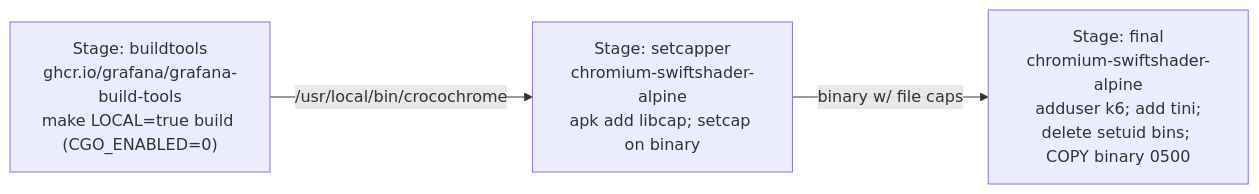
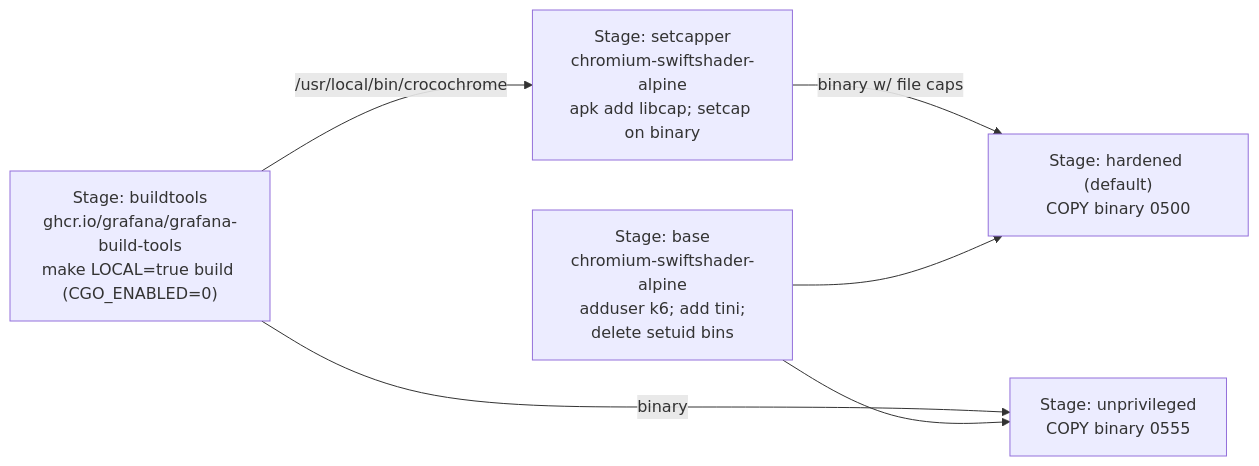
One commit to grafana/crocochrome changed the diagram in doc/architecture/build-and-packaging.md. Above: the diagram before and after it, drawn with Mermaid. The commit also changed other lines of this file and 12 other files, not shown here.

````diff
--- a/doc/architecture/build-and-packaging.md
+++ b/doc/architecture/build-and-packaging.md
@@ -41,8 +44,13 @@
 ```mermaid
 flowchart LR
     A["Stage: buildtools<br/>ghcr.io/grafana/grafana-build-tools<br/>make LOCAL=true build (CGO_ENABLED=0)"]
     B["Stage: setcapper<br/>chromium-swiftshader-alpine<br/>apk add libcap; setcap on binary"]
-    C["Stage: final<br/>chromium-swiftshader-alpine<br/>adduser k6; add tini;<br/>delete setuid bins; COPY binary 0500"]
+    C["Stage: base<br/>chromium-swiftshader-alpine<br/>adduser k6; add tini;<br/>delete setuid bins"]
+    D["Stage: unprivileged<br/>COPY binary 0555"]
+    E["Stage: hardened (default)<br/>COPY binary 0500"]
     A -- "/usr/local/bin/crocochrome" --> B
-    B -- "binary w/ file caps" --> C
+    A -- "binary" --> D
+    B -- "binary w/ file caps" --> E
+    C --> D
+    C --> E
 ```
````
